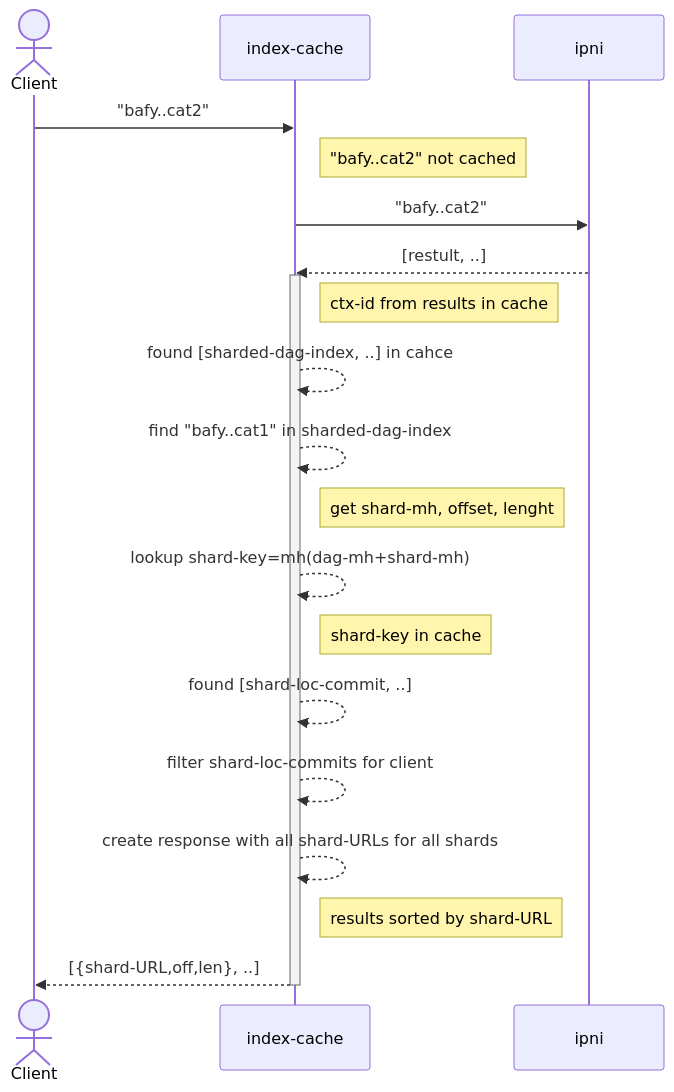
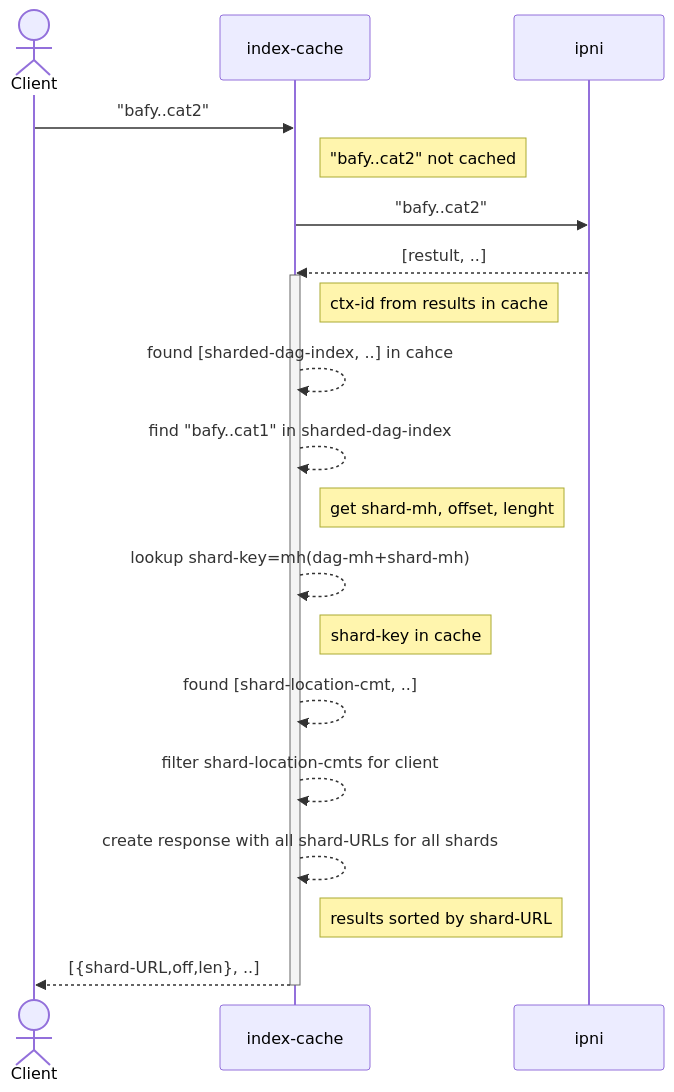
The third of 3 diagrams in rfc/indexing-design.md (storacha/RFC), drawn with Mermaid before and after one commit. The commit also changed other lines of this file, not shown here.

Commit message:
update diagrams

````diff
--- a/rfc/indexing-design.md
+++ b/rfc/indexing-design.md
@@ -132,21 +133,21 @@
 ```mermaid
 sequenceDiagram
     actor Client
     Client->>index-cache: "bafy..cat2"
     Note right of index-cache: "bafy..cat2" not cached
     index-cache->>ipni: "bafy..cat2"
     ipni-->>index-cache: [restult, ..]
     activate index-cache
     Note right of index-cache: ctx-id from results in cache
     index-cache-->>index-cache: found [sharded-dag-index, ..] in cahce
     index-cache-->>index-cache: find "bafy..cat1" in sharded-dag-index
     Note right of index-cache: get shard-mh, offset, lenght
     index-cache-->>index-cache: lookup shard-key=mh(dag-mh+shard-mh)
     Note right of index-cache: shard-key in cache
-    index-cache-->>index-cache: found [shard-loc-commit, ..]
-    index-cache-->>index-cache: filter shard-loc-commits for client
+    index-cache-->>index-cache: found [shard-location-cmt, ..]
+    index-cache-->>index-cache: filter shard-location-cmts for client
     index-cache-->>index-cache: create response with all shard-URLs for all shards
     Note right of index-cache: results sorted by shard-URL
     index-cache-->>Client: [{shard-URL,off,len}, ..]
     deactivate index-cache
 ```
````
